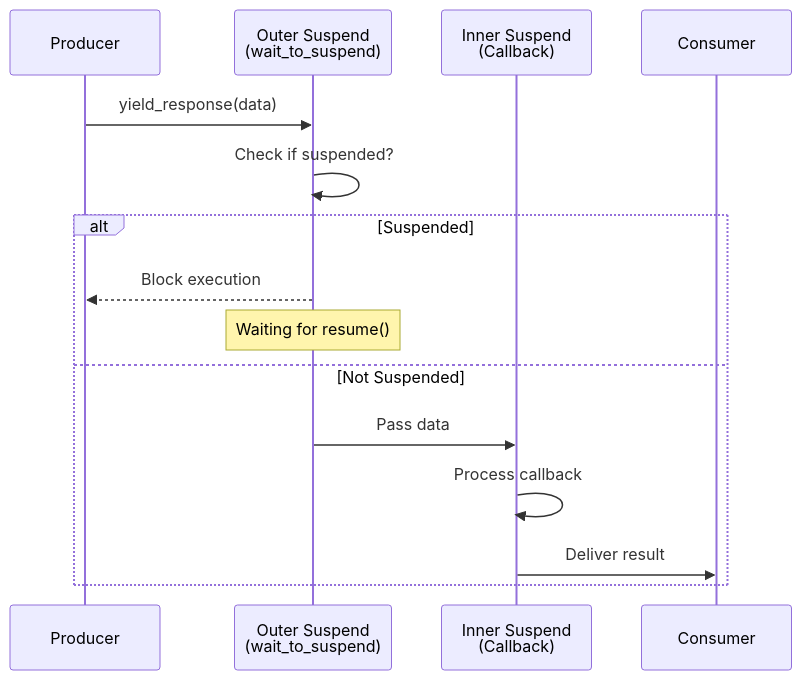
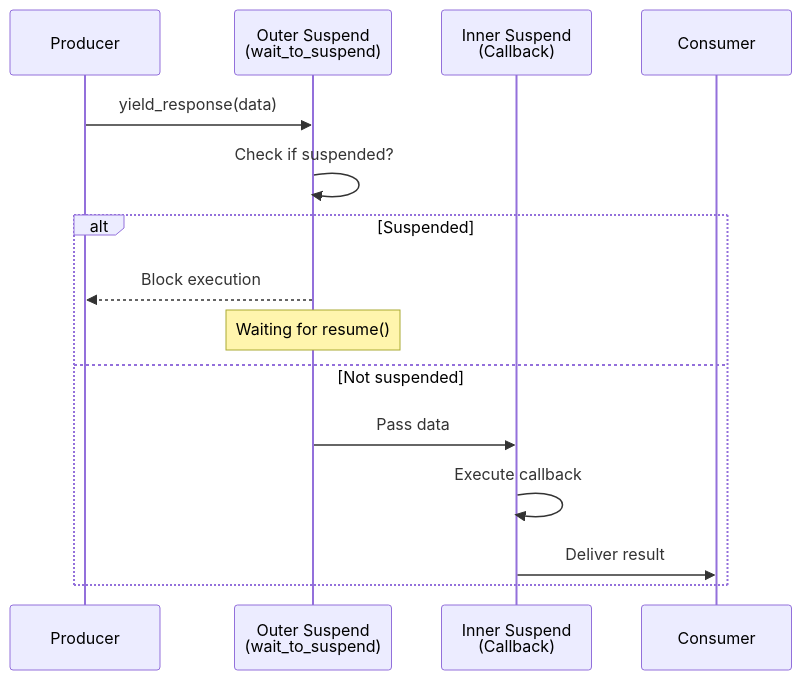
The second of 2 diagrams in docs/guide/concepts/suspend.md (AmritaBot/AmritaCore), drawn with Mermaid before and after one commit. The commit also changed other lines of this file and 1 other file, not shown here.

First line of the commit message:
Docs: clarify ChatObject suspend usage and callback/iterator modes (#55)

````diff
--- a/docs/guide/concepts/suspend.md
+++ b/docs/guide/concepts/suspend.md
@@ -233,18 +240,18 @@
 ```mermaid
 sequenceDiagram
     participant P as Producer
     participant OS as Outer Suspend<br/>(wait_to_suspend)
     participant IS as Inner Suspend<br/>(Callback)
     participant C as Consumer
 
     P->>OS: yield_response(data)
     OS->>OS: Check if suspended?
     alt Suspended
         OS-->>P: Block execution
         Note over OS: Waiting for resume()
-    else Not Suspended
+    else Not suspended
         OS->>IS: Pass data
-        IS->>IS: Process callback
+        IS->>IS: Execute callback
         IS->>C: Deliver result
     end
 ```
````
